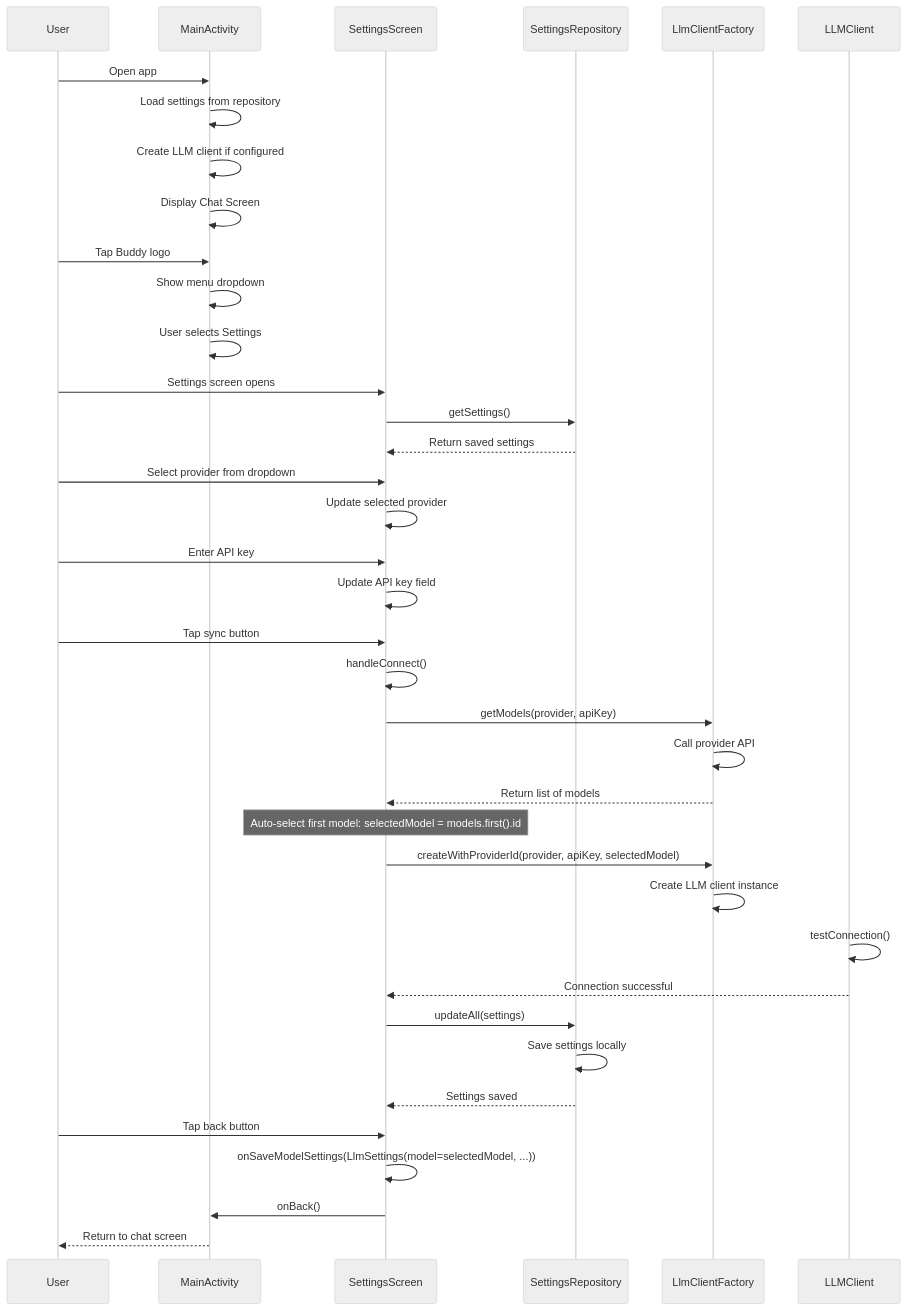
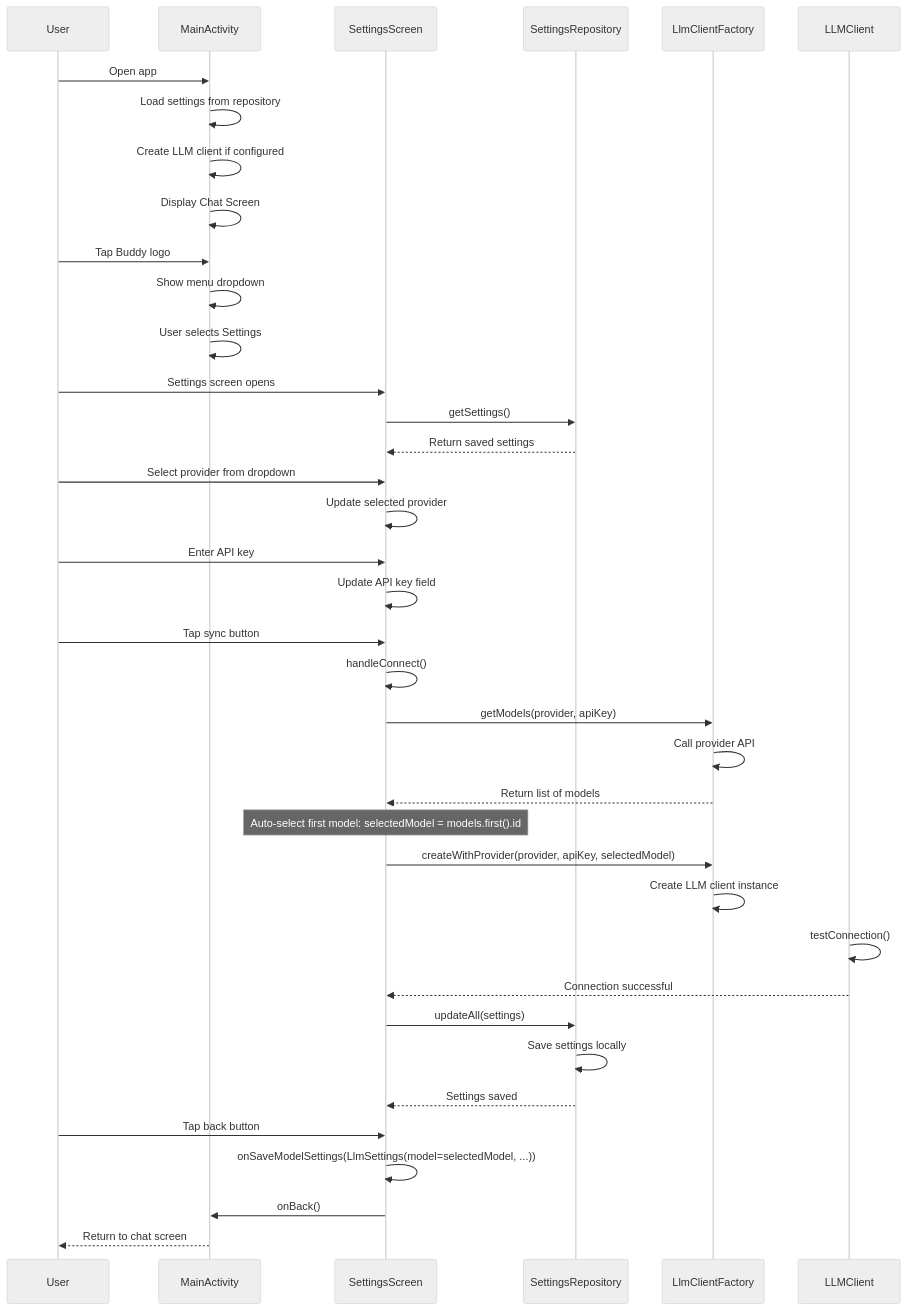
One commit to lehoang318/buddy changed the first of 11 diagrams in docs/seq_others.md. Above: the diagram before and after it, drawn with Mermaid (neutral theme). The commit also changed other lines of this file and 15 other files, not shown here.

Commit message:
Improve Provider Info Settings

````diff
--- a/docs/seq_others.md
+++ b/docs/seq_others.md
@@ -7,50 +7,50 @@
 ```mermaid
 sequenceDiagram
     participant User
     participant MainActivity
     participant SettingsScreen
     participant SettingsRepository
     participant LlmClientFactory
     participant LLMClient
 
     User->>MainActivity: Open app
     MainActivity->>MainActivity: Load settings from repository
     MainActivity->>MainActivity: Create LLM client if configured
     MainActivity->>MainActivity: Display Chat Screen
 
     User->>MainActivity: Tap Buddy logo
     MainActivity->>MainActivity: Show menu dropdown
     MainActivity->>MainActivity: User selects Settings
 
     User->>SettingsScreen: Settings screen opens
     SettingsScreen->>SettingsRepository: getSettings()
     SettingsRepository-->>SettingsScreen: Return saved settings
 
     User->>SettingsScreen: Select provider from dropdown
     SettingsScreen->>SettingsScreen: Update selected provider
 
     User->>SettingsScreen: Enter API key
     SettingsScreen->>SettingsScreen: Update API key field
 
     User->>SettingsScreen: Tap sync button
     SettingsScreen->>SettingsScreen: handleConnect()
     SettingsScreen->>LlmClientFactory: getModels(provider, apiKey)
     LlmClientFactory->>LlmClientFactory: Call provider API
     LlmClientFactory-->>SettingsScreen: Return list of models
 
     Note over SettingsScreen: Auto-select first model: selectedModel = models.first().id
 
-    SettingsScreen->>LlmClientFactory: createWithProviderId(provider, apiKey, selectedModel)
+    SettingsScreen->>LlmClientFactory: createWithProvider(provider, apiKey, selectedModel)
     LlmClientFactory->>LlmClientFactory: Create LLM client instance
     LLMClient->>LLMClient: testConnection()
     LLMClient-->>SettingsScreen: Connection successful
 
     SettingsScreen->>SettingsRepository: updateAll(settings)
     SettingsRepository->>SettingsRepository: Save settings locally
     SettingsRepository-->>SettingsScreen: Settings saved
 
     User->>SettingsScreen: Tap back button
     SettingsScreen->>SettingsScreen: onSaveModelSettings(LlmSettings(model=selectedModel, ...))
     SettingsScreen->>MainActivity: onBack()
     MainActivity-->>User: Return to chat screen
 ```
````
